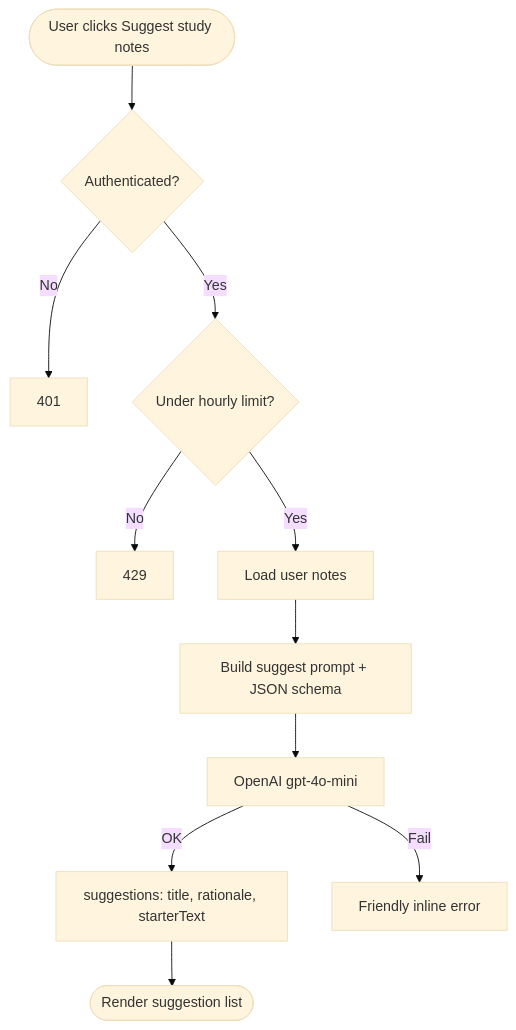
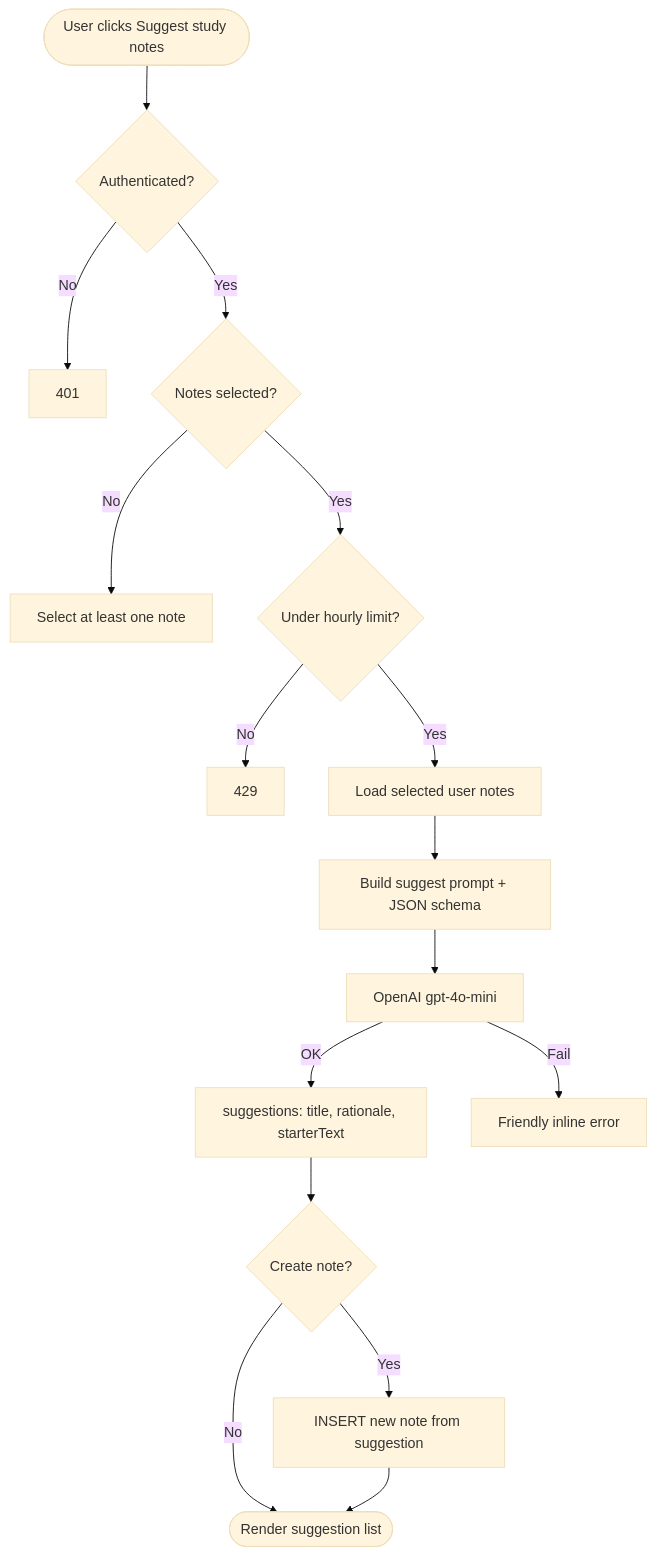
The sixth of 19 diagrams in DIAGRAMS.md (Angelica-Vides/Lumenote), drawn with Mermaid (base theme) before and after one commit. The commit also changed other lines of this file and 22 other files, not shown here.

````diff
--- a/DIAGRAMS.md
+++ b/DIAGRAMS.md
@@ -135,13 +144,18 @@
 ```mermaid
 flowchart TD
     START([User clicks Suggest study notes]) --> AUTH{Authenticated?}
     AUTH -- No --> E401[401]
-    AUTH -- Yes --> RATE{Under hourly limit?}
+    AUTH -- Yes --> PICK{Notes selected?}
+    PICK -- No --> E400B[Select at least one note]
+    PICK -- Yes --> RATE{Under hourly limit?}
     RATE -- No --> E429[429]
-    RATE -- Yes --> LOAD[Load user notes]
+    RATE -- Yes --> LOAD[Load selected user notes]
     LOAD --> PROMPT[Build suggest prompt + JSON schema]
     PROMPT --> LLM[OpenAI gpt-4o-mini]
     LLM -- OK --> OUT[suggestions: title, rationale, starterText]
-    OUT --> DONE([Render suggestion list])
+    OUT --> CREATE{Create note?}
+    CREATE -- Yes --> NEW[INSERT new note from suggestion]
+    CREATE -- No --> DONE([Render suggestion list])
+    NEW --> DONE
     LLM -- Fail --> ERR[Friendly inline error]
 ```
````
